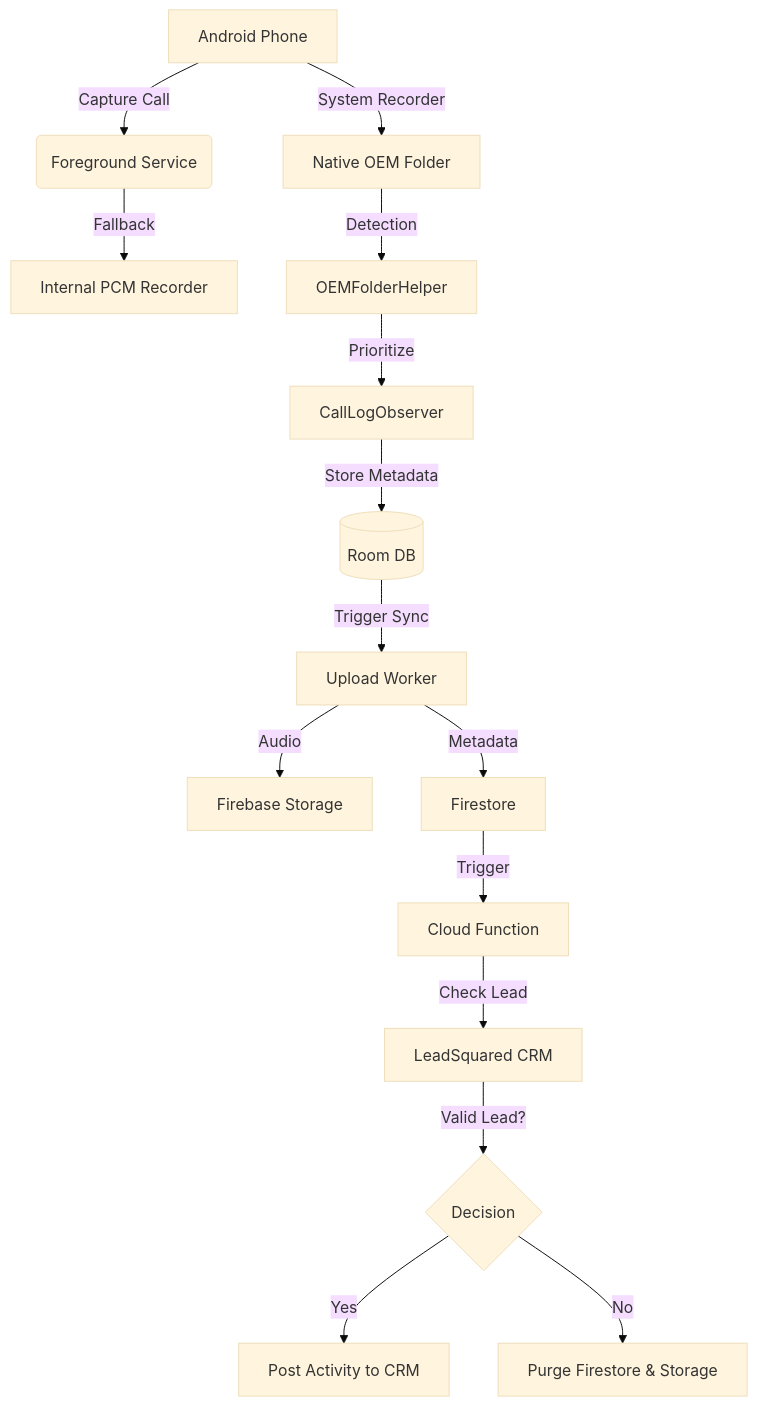
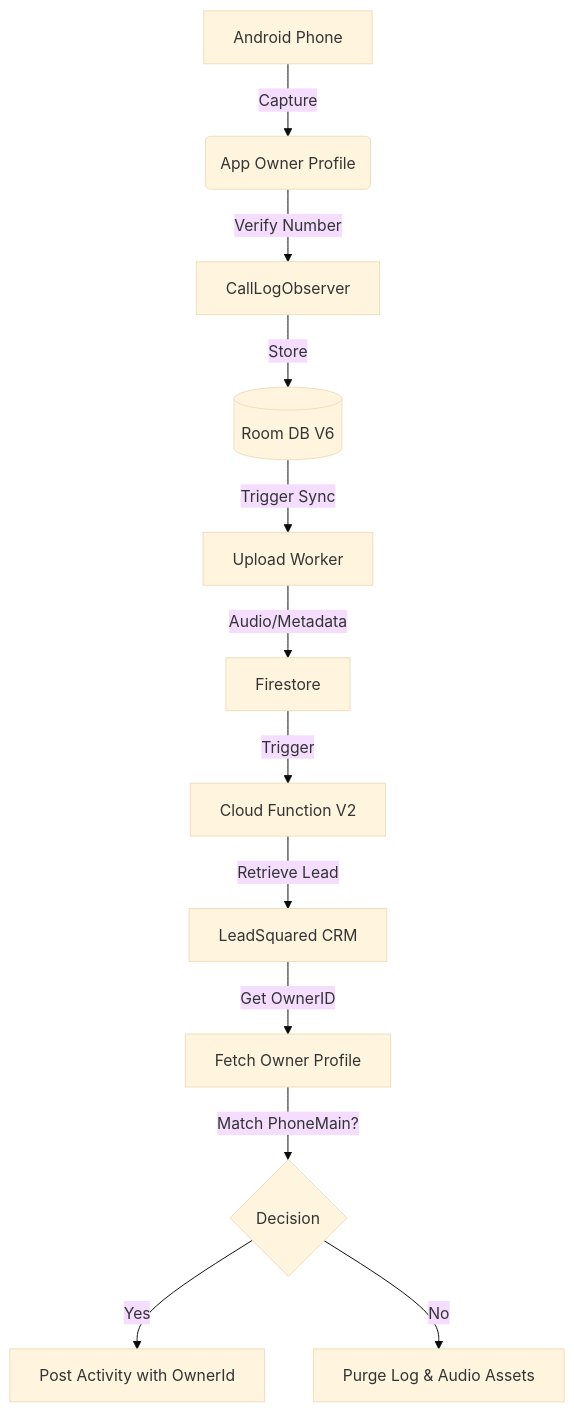
One commit to isaee-xyz/CloudTrack changed the diagram in ARCHITECTURE.md. Above: the diagram before and after it, drawn with Mermaid (base theme). The commit also changed other lines of this file and 1 other file, not shown here.

Commit message:
Docs: Update README and ARCHITECTURE with latest features and sync logic.

````diff
--- a/ARCHITECTURE.md
+++ b/ARCHITECTURE.md
@@ -6,17 +6,14 @@
 ```mermaid
 graph TD
-    A[Android Phone] -->|Capture Call| B(Foreground Service)
-    B -->|Fallback| C[Internal PCM Recorder]
-    A -->|System Recorder| D[Native OEM Folder]
-    D -->|Detection| E[OEMFolderHelper]
-    E -->|Prioritize| F[CallLogObserver]
-    F -->|Store Metadata| G[(Room DB)]
+    A[Android Phone] -->|Capture| B(App Owner Profile)
+    B -->|Verify Number| C[CallLogObserver]
+    C -->|Store| G[(Room DB V6)]
     G -->|Trigger Sync| H[Upload Worker]
-    H -->|Audio| I[Firebase Storage]
-    H -->|Metadata| J[Firestore]
-    J -->|Trigger| K[Cloud Function]
-    K -->|Check Lead| L[LeadSquared CRM]
-    L -->|Valid Lead?| M{Decision}
-    M -->|Yes| N[Post Activity to CRM]
-    M -->|No| O[Purge Firestore & Storage]
+    H -->|Audio/Metadata| J[Firestore]
+    J -->|Trigger| K[Cloud Function V2]
+    K -->|Retrieve Lead| L[LeadSquared CRM]
+    L -->|Get OwnerID| M[Fetch Owner Profile]
+    M -->|Match PhoneMain?| N{Decision}
+    N -->|Yes| P[Post Activity with OwnerId]
+    N -->|No| O[Purge Log & Audio Assets]
 ```
````
